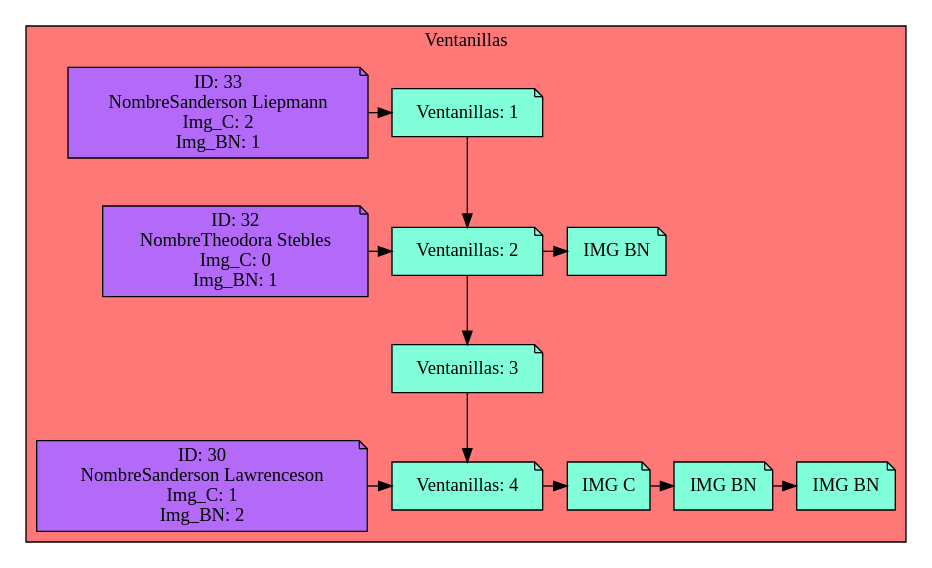
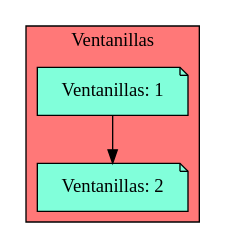
One commit to Serch-ING/EDD_UDRAWING_202000119 changed the diagram in Simple_Windows.dot. Above: the diagram before and after it, drawn with Graphviz. The commit also changed 17 other files, not shown here.

```diff
--- a/Simple_Windows.dot
+++ b/Simple_Windows.dot
@@ -1,47 +1,12 @@
 digraph L {
 node[shape=note fillcolor="#A181FF" style =filled]
 subgraph cluster_p{
     label= " Ventanillas "
     bgcolor = "#FF7878"
-Nodo1661081225[label="Ventanillas: 1",fillcolor="#81FFDA",group=1]
-Nodo1882554559[label="Ventanillas: 2",fillcolor="#81FFDA",group=2]
-Nodo694316372[label="Ventanillas: 3",fillcolor="#81FFDA",group=3]
-Nodo1516500233[label="Ventanillas: 4",fillcolor="#81FFDA",group=4]
+Nodo1882554559[label="Ventanillas: 1",fillcolor="#81FFDA",group=1]
+Nodo1049817027[label="Ventanillas: 2",fillcolor="#81FFDA",group=2]
 
-Nodo1661081225 -> Nodo1882554559
+Nodo1882554559 -> Nodo1049817027
 
-Cliente119358627[label="ID: 33
-NombreSanderson Liepmann
-Img_C: 2
-Img_BN: 1",fillcolor="#B36AF9",group=1]
-Cliente119358627-> Nodo1661081225
-{rank=same;Nodo1661081225,Cliente119358627}
-Nodo1882554559 -> Nodo694316372
-
-Cliente1108924067[label="ID: 32
-NombreTheodora Stebles
-Img_C: 0
-Img_BN: 1",fillcolor="#B36AF9",group=2]
-Cliente1108924067-> Nodo1882554559
-Nodo2073621255[label="IMG BN",fillcolor="#81FFDA"]
-
-Nodo1882554559 -> Nodo2073621255
-
-{rank=same;Nodo1882554559,Cliente1108924067,Nodo2073621255}
-Nodo694316372 -> Nodo1516500233
-
-{rank=same;Nodo694316372}
-Cliente2088445230[label="ID: 30
-NombreSanderson Lawrenceson
-Img_C: 1
-Img_BN: 2",fillcolor="#B36AF9",group=4]
-Cliente2088445230-> Nodo1516500233
-Nodo1208121709[label="IMG C",fillcolor="#81FFDA"]
-Nodo348984985[label="IMG BN",fillcolor="#81FFDA"]
-Nodo129153987[label="IMG BN",fillcolor="#81FFDA"]
-Nodo1208121709 -> Nodo348984985
-Nodo348984985 -> Nodo129153987
-
-Nodo1516500233 -> Nodo1208121709
-
-{rank=same;Nodo1516500233,Cliente2088445230,Nodo1208121709,Nodo348984985,Nodo129153987}}}
+{rank=same;Nodo1882554559}
+{rank=same;Nodo1049817027}}}
```
